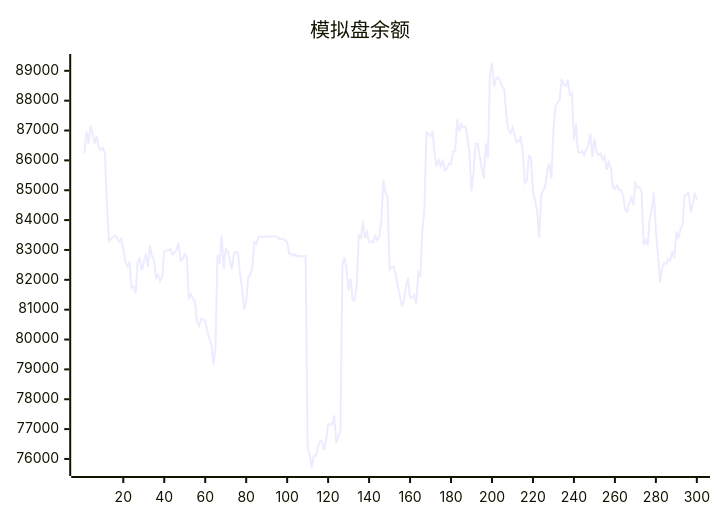
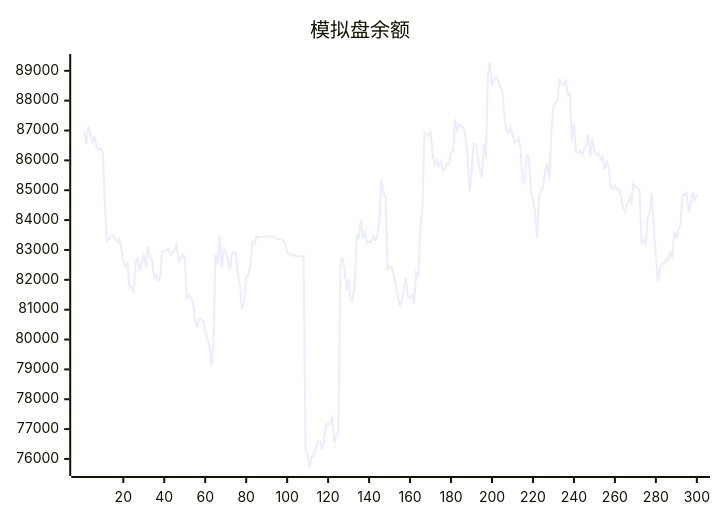
Before and after one commit to aahl/ai-trading: the diagram in README.md, drawn with Mermaid. The commit also changed other lines of this file and 1 other file, not shown here.

````diff
--- a/README.md
+++ b/README.md
@@ -5,5 +5,5 @@
 ```mermaid
 xychart
     title "模拟盘余额"
-    line [86243,86969,86548,87164,86885,86566,86809,86427,86348,86417,86273,84538,83299,83369,83430,83490,83404,83270,83362,83056,82605,82459,82614,81734,81788,81551,82598,82702,82320,82580,82878,82426,83139,82778,82686,82056,82166,81963,82110,82951,82983,82984,83038,82838,82915,82998,83235,82642,82682,82858,82746,81396,81512,81362,81277,80600,80461,80699,80673,80616,80288,80038,79836,79142,79722,82837,82533,83480,82366,83032,82960,82654,82330,82883,82934,82901,82188,81728,81005,81298,82110,82135,82449,83264,83203,83440,83439,83440,83440,83446,83447,83448,83447,83448,83449,83369,83369,83369,83313,83256,82872,82873,82801,82844,82785,82791,82791,82793,82794,76339,76145,75714,76110,76096,76397,76594,76585,76310,76607,77160,77170,77160,77456,76541,76774,76927,82520,82744,82337,81639,82040,81307,81314,81887,83490,83414,83984,83396,83594,83261,83287,83253,83470,83327,83465,83987,85348,84930,84786,82355,82433,82438,82167,81795,81466,81105,81315,81756,82064,81426,81398,81481,81210,82242,82099,83658,84359,86925,86892,86814,86980,86203,85802,86003,85811,86028,85657,85721,85896,85880,86300,86299,87378,86965,87214,87115,87118,86780,86238,84966,85623,86555,86562,86129,85722,85387,86569,86070,88870,89278,88477,88720,88781,88668,88467,88372,87493,87018,86917,87102,86870,86613,86644,86758,86317,85242,85334,86149,86106,84968,84671,84302,83410,84816,85001,85127,85693,85891,85384,87001,87811,87945,88007,88734,88528,88495,88705,88189,88248,86662,87234,86279,86251,86314,86177,86364,86503,86886,86114,86731,86310,86176,86240,86017,86136,85685,85938,85749,85111,85044,85164,85016,85008,84824,84354,84287,84572,84745,84500,85234,85096,85095,84970,83180,83338,83157,84070,84309,84922,83667,82850,81924,82369,82552,82539,82695,82648,82962,82728,83619,83378,83710,83825,84819,84854,84917,84265,84527,84919,84668]
+    line [86969,86548,87164,86885,86566,86809,86427,86348,86417,86273,84538,83299,83369,83430,83490,83404,83270,83362,83056,82605,82459,82614,81734,81788,81551,82598,82702,82320,82580,82878,82426,83139,82778,82686,82056,82166,81963,82110,82951,82983,82984,83038,82838,82915,82998,83235,82642,82682,82858,82746,81396,81512,81362,81277,80600,80461,80699,80673,80616,80288,80038,79836,79142,79722,82837,82533,83480,82366,83032,82960,82654,82330,82883,82934,82901,82188,81728,81005,81298,82110,82135,82449,83264,83203,83440,83439,83440,83440,83446,83447,83448,83447,83448,83449,83369,83369,83369,83313,83256,82872,82873,82801,82844,82785,82791,82791,82793,82794,76339,76145,75714,76110,76096,76397,76594,76585,76310,76607,77160,77170,77160,77456,76541,76774,76927,82520,82744,82337,81639,82040,81307,81314,81887,83490,83414,83984,83396,83594,83261,83287,83253,83470,83327,83465,83987,85348,84930,84786,82355,82433,82438,82167,81795,81466,81105,81315,81756,82064,81426,81398,81481,81210,82242,82099,83658,84359,86925,86892,86814,86980,86203,85802,86003,85811,86028,85657,85721,85896,85880,86300,86299,87378,86965,87214,87115,87118,86780,86238,84966,85623,86555,86562,86129,85722,85387,86569,86070,88870,89278,88477,88720,88781,88668,88467,88372,87493,87018,86917,87102,86870,86613,86644,86758,86317,85242,85334,86149,86106,84968,84671,84302,83410,84816,85001,85127,85693,85891,85384,87001,87811,87945,88007,88734,88528,88495,88705,88189,88248,86662,87234,86279,86251,86314,86177,86364,86503,86886,86114,86731,86310,86176,86240,86017,86136,85685,85938,85749,85111,85044,85164,85016,85008,84824,84354,84287,84572,84745,84500,85234,85096,85095,84970,83180,83338,83157,84070,84309,84922,83667,82850,81924,82369,82552,82539,82695,82648,82962,82728,83619,83378,83710,83825,84819,84854,84917,84265,84527,84919,84668,84834]
 ```
````
